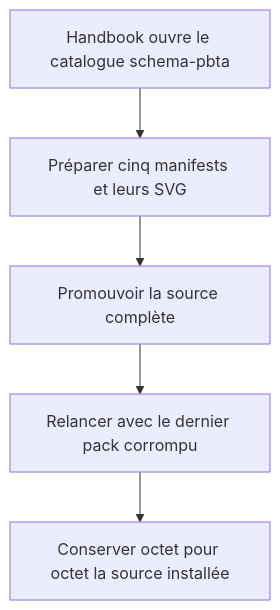
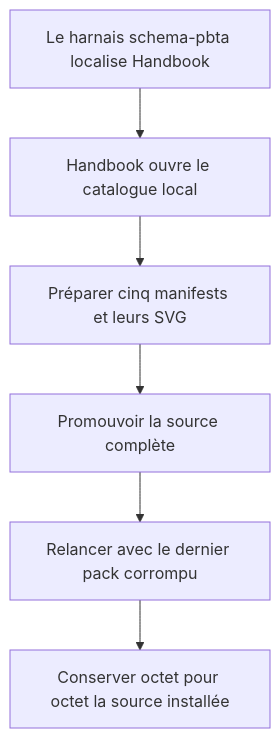
The first of 2 diagrams in aidd_docs/tasks/2026_09/2026_09_10_handbook-catalog/phase-3.md (RebelliousSmile/schema-pbta), drawn with Mermaid before and after one commit. The commit also changed other lines of this file and 6 other files, not shown here.

Commit message:
test: verify Handbook source installation

````diff
--- a/aidd_docs/tasks/2026_09/2026_09_10_handbook-catalog/phase-3.md
+++ b/aidd_docs/tasks/2026_09/2026_09_10_handbook-catalog/phase-3.md
@@ -21,7 +20,8 @@
 ```mermaid
 flowchart TD
-  A[Handbook ouvre le catalogue schema-pbta] --> B[Préparer cinq manifests et leurs SVG]
-  B --> C[Promouvoir la source complète]
-  C --> D[Relancer avec le dernier pack corrompu]
-  D --> E[Conserver octet pour octet la source installée]
+  A[Le harnais schema-pbta localise Handbook] --> B[Handbook ouvre le catalogue local]
+  B --> C[Préparer cinq manifests et leurs SVG]
+  C --> D[Promouvoir la source complète]
+  D --> E[Relancer avec le dernier pack corrompu]
+  E --> F[Conserver octet pour octet la source installée]
 ```
````
